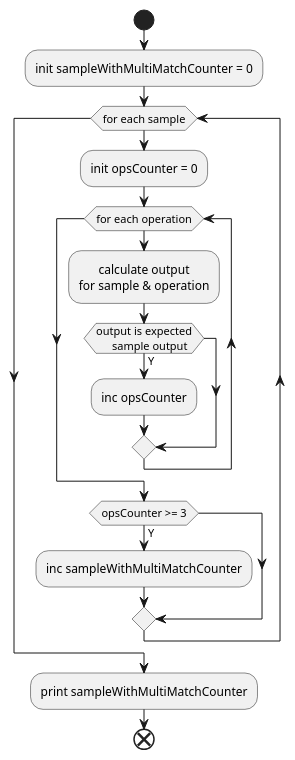
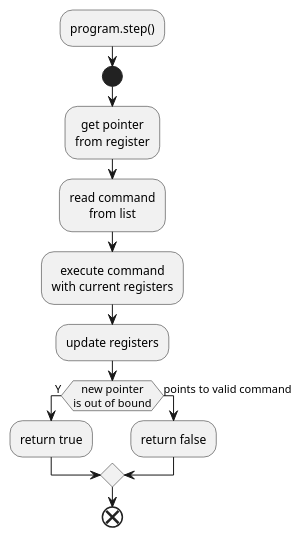
Before and after one commit to rdmueller/aoc-2018: the diagram in day19/go/anoff/README.adoc, drawn with PlantUML. The commit also changed other lines of this file and 1 other file, not shown here.

```diff
--- a/day19/go/anoff/README.adoc
+++ b/day19/go/anoff/README.adoc
@@ -6,26 +18,24 @@
 [plantuml, day19-p1, png]
 ....
 @startuml
 skinparam defaulttextalignment center
 skinparam monochrome true
 skinparam shadowing false
+:program.step();
 start
-:init sampleWithMultiMatchCounter = 0;
-while (for each sample)
-  :init opsCounter = 0;
-  while (for each operation)
-    :calculate output
-    for sample & operation;
-    if (output is expected
-    sample output) then (Y)
-      :inc opsCounter;
-    endif
-  endwhile
-  if (opsCounter >= 3) then (Y)
-    :inc sampleWithMultiMatchCounter;
-  endif
-endwhile
-:print sampleWithMultiMatchCounter;
+:get pointer
+from register;
+:read command
+from list;
+:execute command
+with current registers;
+:update registers;
+if (new pointer
+is out of bound) then (Y)
+  :return true;
+else (points to valid command)
+  :return false;
+endif
 end
 @enduml
 ....
```
